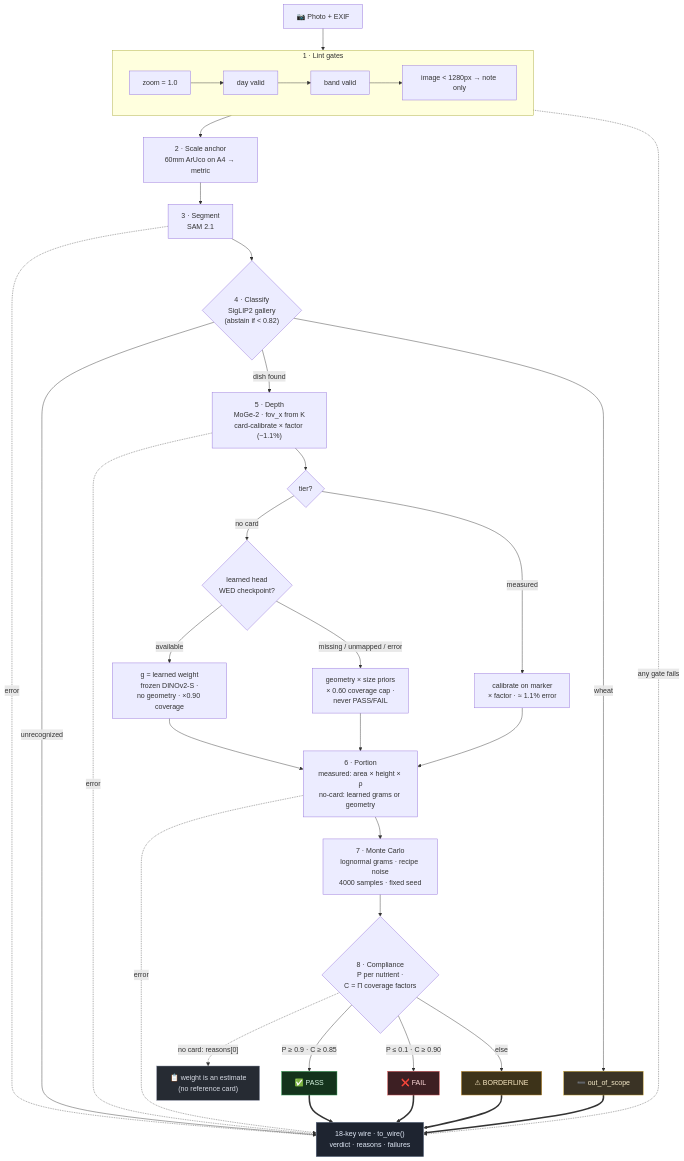
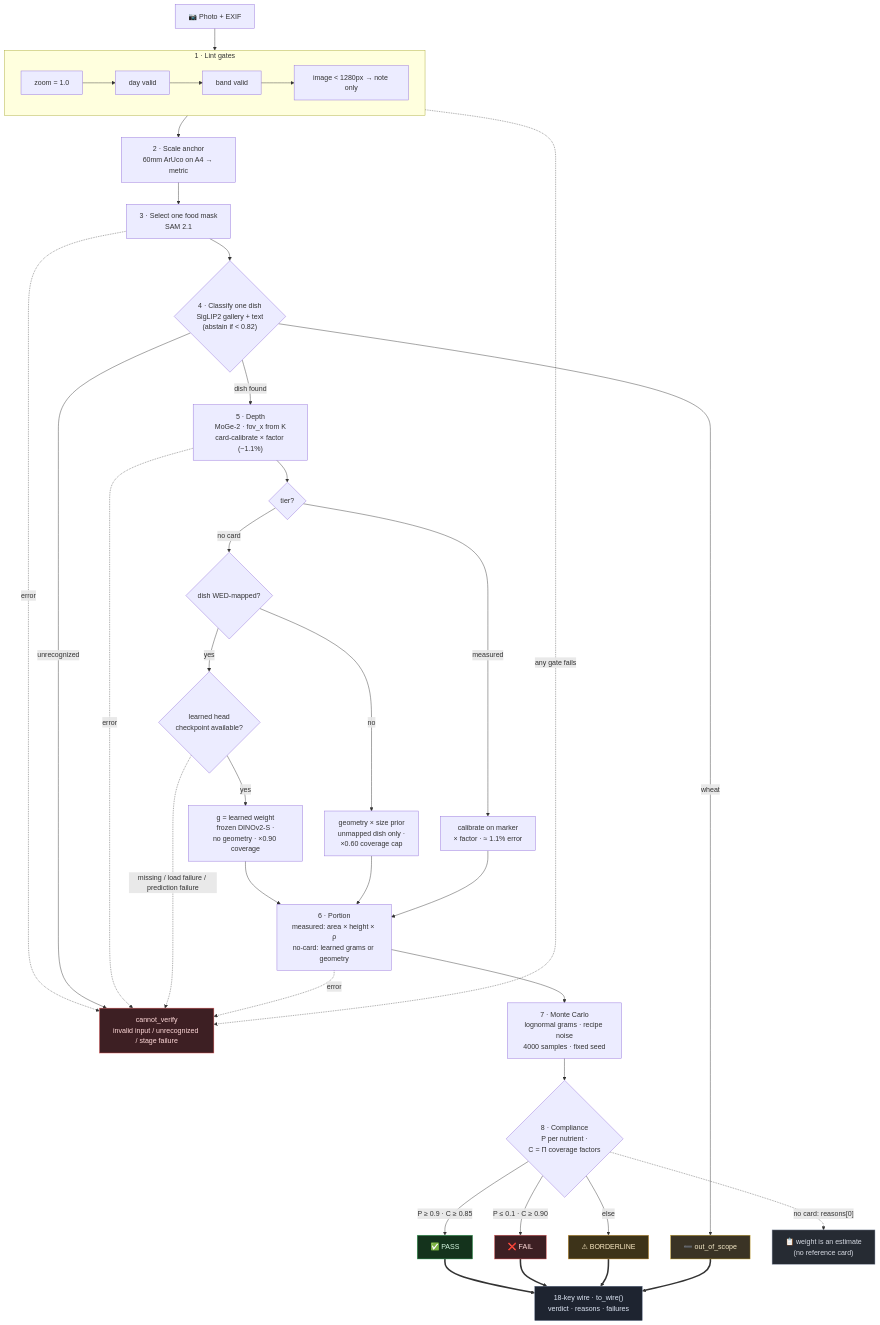
One commit to Lion4467cat/NutriSense changed the diagram in README.md. Above: the diagram before and after it, drawn with Mermaid. The commit also changed other lines of this file and 12 other files, not shown here.

````diff
--- a/README.md
+++ b/README.md
@@ -36,55 +36,59 @@
 ```mermaid
 flowchart TD
     IMG["📷 Photo + EXIF"] --> L1
 
     subgraph LINT["1 · Lint gates"]
         direction LR
         L1["zoom = 1.0"] --> L2["day valid"] --> L3["band valid"]
         L3 --> L4["image < 1280px → note only"]
     end
 
-    LINT -.->|"any gate fails"| WIRE
+    LINT -.->|"any gate fails"| CANNOT
     L4 --> A["2 · Scale anchor<br/>60mm ArUco on A4 → metric"]
 
-    A --> SEG["3 · Segment<br/>SAM 2.1"]
-    SEG -.->|error| WIRE
-    SEG --> CLS{"4 · Classify<br/>SigLIP2 gallery<br/>(abstain if < 0.82)"}
-    CLS -->|"unrecognized"| WIRE
+    A --> SEG["3 · Select one food mask<br/>SAM 2.1"]
+    SEG -.->|error| CANNOT
+    SEG --> CLS{"4 · Classify one dish<br/>SigLIP2 gallery + text<br/>(abstain if < 0.82)"}
+    CLS -->|"unrecognized"| CANNOT
     CLS -->|wheat| OOS["➖ out_of_scope"]
     CLS -->|dish found| DEPTH["5 · Depth<br/>MoGe-2 · fov_x from K<br/>card-calibrate × factor (~1.1%)"]
-    DEPTH -.->|error| WIRE
+    DEPTH -.->|error| CANNOT
     DEPTH --> TIER{"tier?"}
     TIER -->|measured| CAL["calibrate on marker<br/>× factor · ≈ 1.1% error"]
-    TIER -->|no card| HEAD{"learned head<br/>WED checkpoint?"}
-    HEAD -->|available| LEARN["g = learned weight<br/>frozen DINOv2-S ·<br/>no geometry · ×0.90 coverage"]
-    HEAD -->|missing / unmapped / error| NOCAL["geometry × size priors<br/>× 0.60 coverage cap ·<br/>never PASS/FAIL"]
+    TIER -->|no card| MAP{"dish WED-mapped?"}
+    MAP -->|yes| HEAD{"learned head<br/>checkpoint available?"}
+    HEAD -->|yes| LEARN["g = learned weight<br/>frozen DINOv2-S ·<br/>no geometry · ×0.90 coverage"]
+    HEAD -.->|missing / load failure / prediction failure| CANNOT
+    MAP -->|no| NOCAL["geometry × size prior<br/>unmapped dish only ·<br/>×0.60 coverage cap"]
     LEARN --> PORT
     NOCAL --> PORT
     CAL --> PORT["6 · Portion<br/>measured: area × height × ρ<br/>no-card: learned grams or geometry"]
-    PORT -.->|error| WIRE
+    PORT -.->|error| CANNOT
     PORT --> MC["7 · Monte Carlo<br/>lognormal grams · recipe noise<br/>4000 samples · fixed seed"]
 
     MC --> VER{"8 · Compliance<br/>P per nutrient ·<br/>C = Π coverage factors"}
     VER -->|"P ≥ 0.9 · C ≥ 0.85"| PASS["✅ PASS"]
     VER -->|"P ≤ 0.1 · C ≥ 0.90"| FAIL["❌ FAIL"]
     VER -->|else| BORD["⚠ BORDERLINE"]
     VER -.->|"no card: reasons[0]"| DISC["📋 weight is an estimate<br/>(no reference card)"]
 
     PASS ==> WIRE["18-key wire · to_wire()<br/>verdict · reasons · failures"]
     FAIL ==> WIRE
     BORD ==> WIRE
     OOS ==> WIRE
+    CANNOT["cannot_verify<br/>invalid input / unrecognized / stage failure"]
 
     classDef err fill:#3d1f23,stroke:#e05252,color:#ffd9d9
     classDef oos fill:#3a3325,stroke:#c9a227,color:#f5e9c8
     classDef ok fill:#14331c,stroke:#3fae62,color:#d4f5df
     classDef warn fill:#3d3319,stroke:#d9a13a,color:#fae9c4
     classDef wire fill:#1e2430,stroke:#5b6b85,color:#dfe7f5
     classDef neutral fill:#262b33,stroke:#8b93a7,color:#d7dbe4
     class OOS oos
     class PASS ok
     class FAIL err
     class BORD warn
     class DISC neutral
     class WIRE wire
+    class CANNOT err
 ```
````
